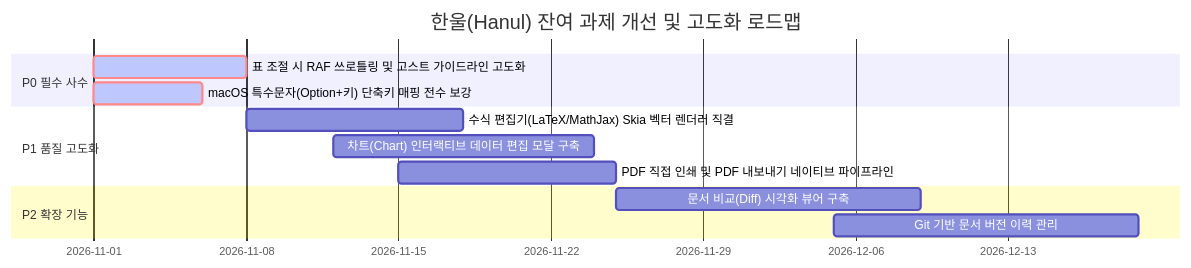
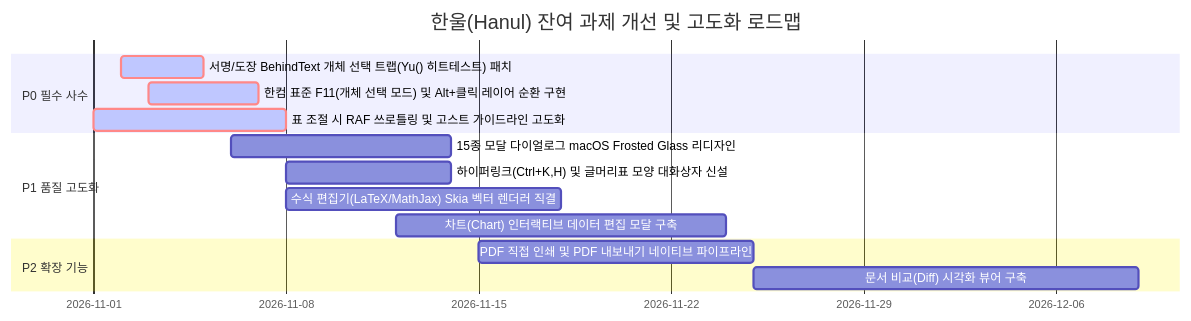
One commit to iamywl/hanul-hwpx changed the third of 3 diagrams in docs/SPEC_AND_TRACKING_MATRIX.md. Above: the diagram before and after it, drawn with Mermaid. The commit also changed other lines of this file and 3 other files, not shown here.

Commit message:
docs: 서명/도장 「글 뒤로(BehindText)」 렌더링 및 인터랙션 결함 심층 감사 보고서 작성 및 추적 지표 동기화

````diff
--- a/docs/SPEC_AND_TRACKING_MATRIX.md
+++ b/docs/SPEC_AND_TRACKING_MATRIX.md
@@ -270,15 +271,17 @@
 ```mermaid
 gantt
     title 한울(Hanul) 잔여 과제 개선 및 고도화 로드맵
     dateFormat  YYYY-MM-DD
     section P0 필수 사수
+    서명/도장 BehindText 개체 선택 트랩(Yu() 히트테스트) 패치 :crit, active, 2026-11-02, 3d
+    한컴 표준 F11(개체 선택 모드) 및 Alt+클릭 레이어 순환 구현 :crit, active, 2026-11-03, 4d
     표 조절 시 RAF 쓰로틀링 및 고스트 가이드라인 고도화   :crit, active, 2026-11-01, 7d
-    macOS 특수문자(Option+키) 단축키 매핑 전수 보강       :crit, active, 2026-11-01, 5d
     section P1 품질 고도화
+    15종 모달 다이얼로그 macOS Frosted Glass 리디자인     :2026-11-06, 8d
+    하이퍼링크(Ctrl+K,H) 및 글머리표 모양 대화상자 신설     :2026-11-08, 6d
     수식 편집기(LaTeX/MathJax) Skia 벡터 렌더러 직결      :2026-11-08, 10d
     차트(Chart) 인터랙티브 데이터 편집 모달 구축          :2026-11-12, 12d
+    section P2 확장 기능
     PDF 직접 인쇄 및 PDF 내보내기 네이티브 파이프라인      :2026-11-15, 10d
-    section P2 확장 기능
     문서 비교(Diff) 시각화 뷰어 구축                     :2026-11-25, 14d
-    Git 기반 문서 버전 이력 관리                         :2026-12-05, 14d
 ```
````
